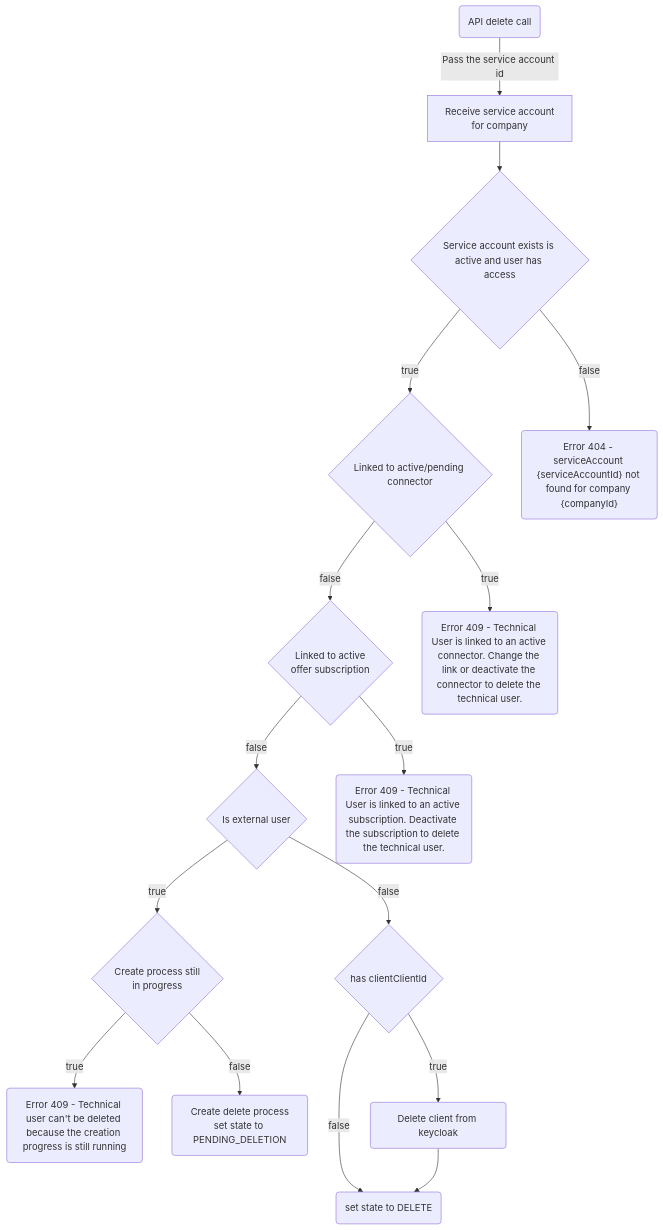
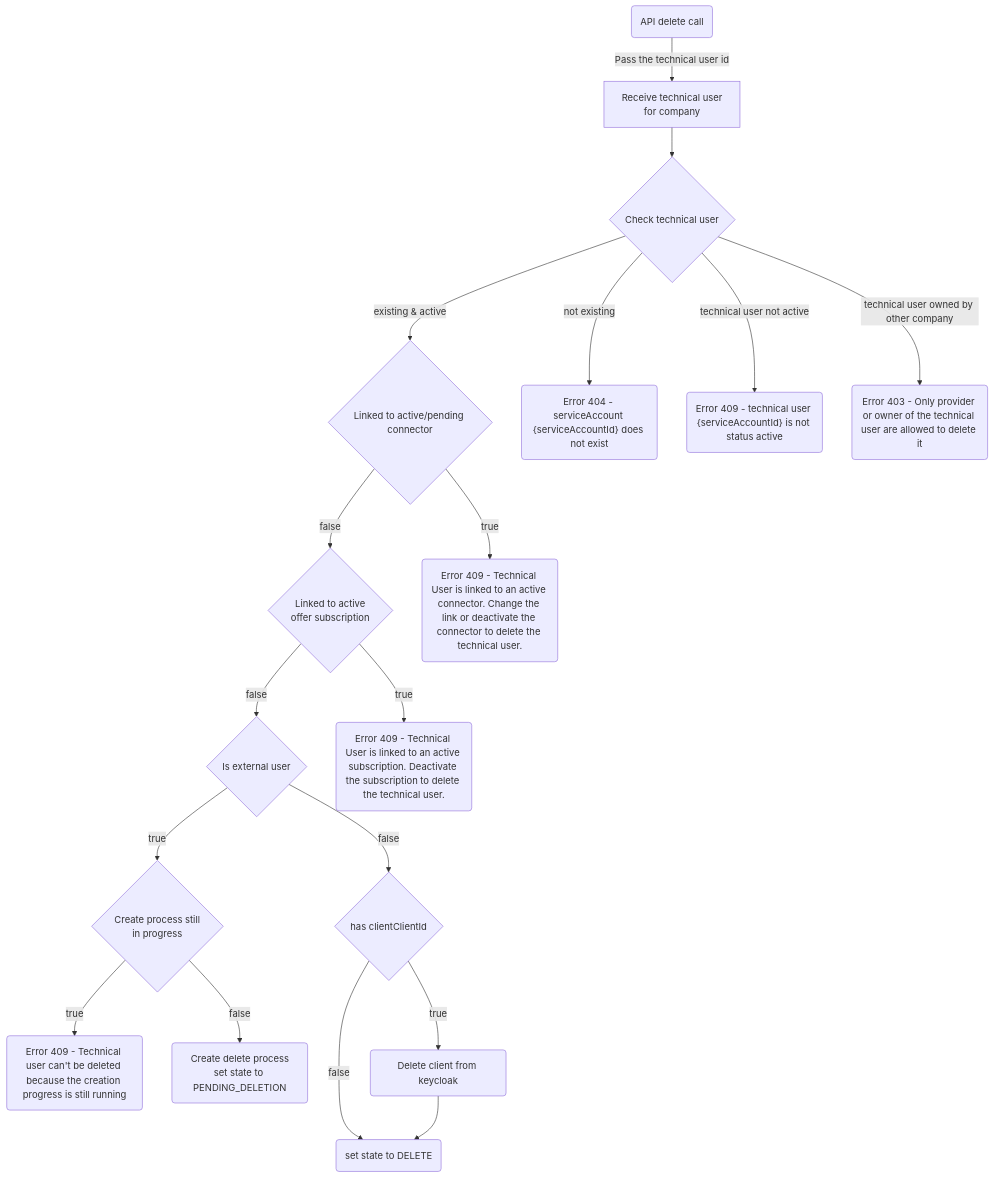
One commit to eclipse-tractusx/portal-assets changed the diagram in docs/developer/03. User Management/03. Technical User/04. Delete Technical User.md. Above: the diagram before and after it, drawn with Mermaid. The commit also changed other lines of this file, not shown here.

Commit message:
docs: adjust delete technical user documentation (#399)
Refs: https://github.com/eclipse-tractusx/portal-backend/issues/986

````diff
--- a/docs/developer/03. User Management/03. Technical User/04. Delete Technical User.md
+++ b/docs/developer/03. User Management/03. Technical User/04. Delete Technical User.md
@@ -20,22 +20,24 @@
 ```mermaid
 flowchart TD
-    A(API delete call) -->|Pass the service account id| B["`Receive service account
+    A(API delete call) -->|Pass the technical user id| B["`Receive technical user
      for company`"]
-    B --> C{Service account exists is active and user has access}
-    C --> |true| D{"`Linked to active/pending connector`"}
-    C --> |false| E("Error 404 - serviceAccount {serviceAccountId} not found for company {companyId}")
+    B --> C{Check technical user}
+    C --> |existing & active| D{"`Linked to active/pending connector`"}
+    C --> |not existing| E("Error 404 - serviceAccount {serviceAccountId} does not exist")
+    C --> |technical user not active| P("Error 409 - technical user {serviceAccountId} is not status active")
+    C --> |technical user owned by other company| Q("Error 403 - Only provider or owner of the technical user are allowed to delete it")
     D --> |false| F{"`Linked to active
      offer subscription`"}
     D --> |true| G("`Error 409 - Technical User is linked to an active connector. Change the link or deactivate the connector to delete the technical user.`")
     F --> |false| H{Is external user}
     F --> |true| I("`Error 409 - Technical User is linked to an active subscription. Deactivate the subscription to delete the technical user.`")
     H --> |true| J{"`Create process still
      in progress`"}
     J --> |true| K("`Error 409 - Technical user can't be deleted because the creation progress is still running`")
     J --> |false| L("`Create delete process
     set state to PENDING_DELETION`")
     H --> |false| M{has clientClientId}
     M --> |true| N(Delete client from keycloak)
     M --> |false| O(set state to DELETE)
     N --> O
 ```
````
